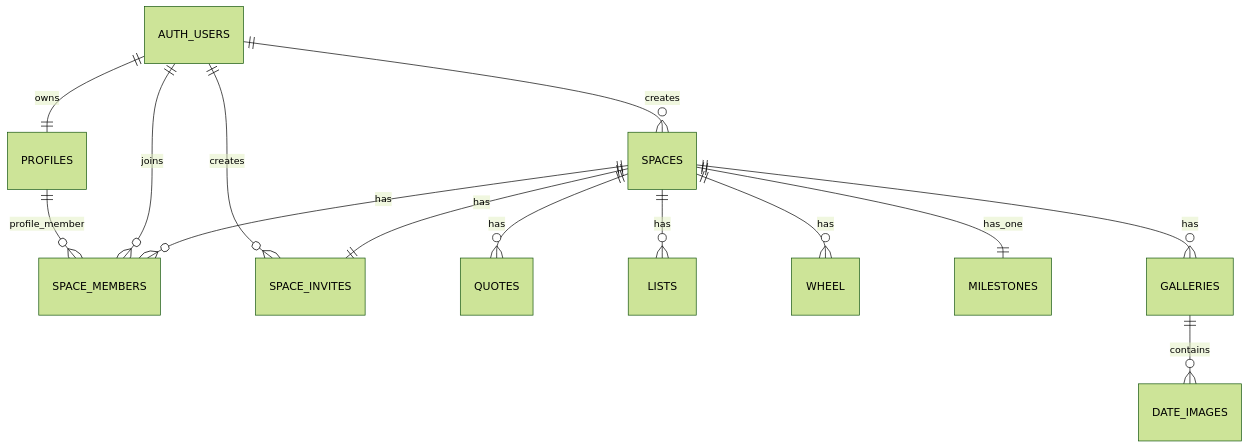
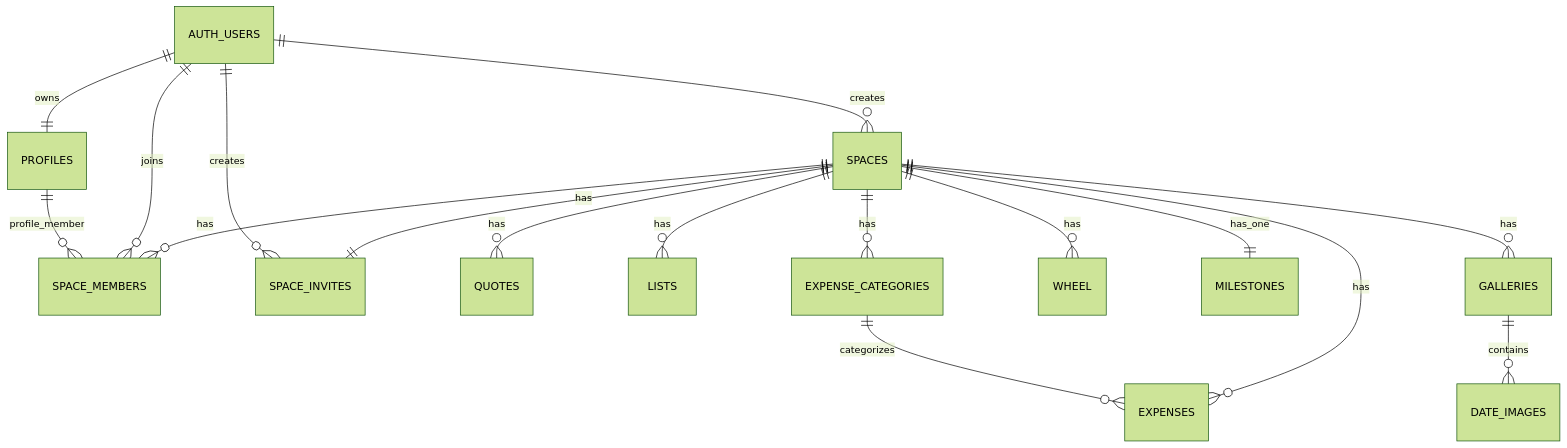
One commit to vikeedough/BubuDudu changed the diagram in docs/backend-data-model.md. Above: the diagram before and after it, drawn with Mermaid (forest theme). The commit also changed other lines of this file and 25 other files, not shown here.

````diff
--- a/docs/backend-data-model.md
+++ b/docs/backend-data-model.md
@@ -43,16 +43,19 @@
 ```mermaid
 erDiagram
     AUTH_USERS ||--|| PROFILES : owns
     AUTH_USERS ||--o{ SPACES : creates
     SPACES ||--o{ SPACE_MEMBERS : has
     AUTH_USERS ||--o{ SPACE_MEMBERS : joins
     PROFILES ||--o{ SPACE_MEMBERS : profile_member
     SPACES ||--|| SPACE_INVITES : has
     AUTH_USERS ||--o{ SPACE_INVITES : creates
     SPACES ||--o{ QUOTES : has
     SPACES ||--o{ LISTS : has
+    SPACES ||--o{ EXPENSE_CATEGORIES : has
+    SPACES ||--o{ EXPENSES : has
+    EXPENSE_CATEGORIES ||--o{ EXPENSES : categorizes
     SPACES ||--o{ WHEEL : has
     SPACES ||--|| MILESTONES : has_one
     SPACES ||--o{ GALLERIES : has
     GALLERIES ||--o{ DATE_IMAGES : contains
 ```
````
